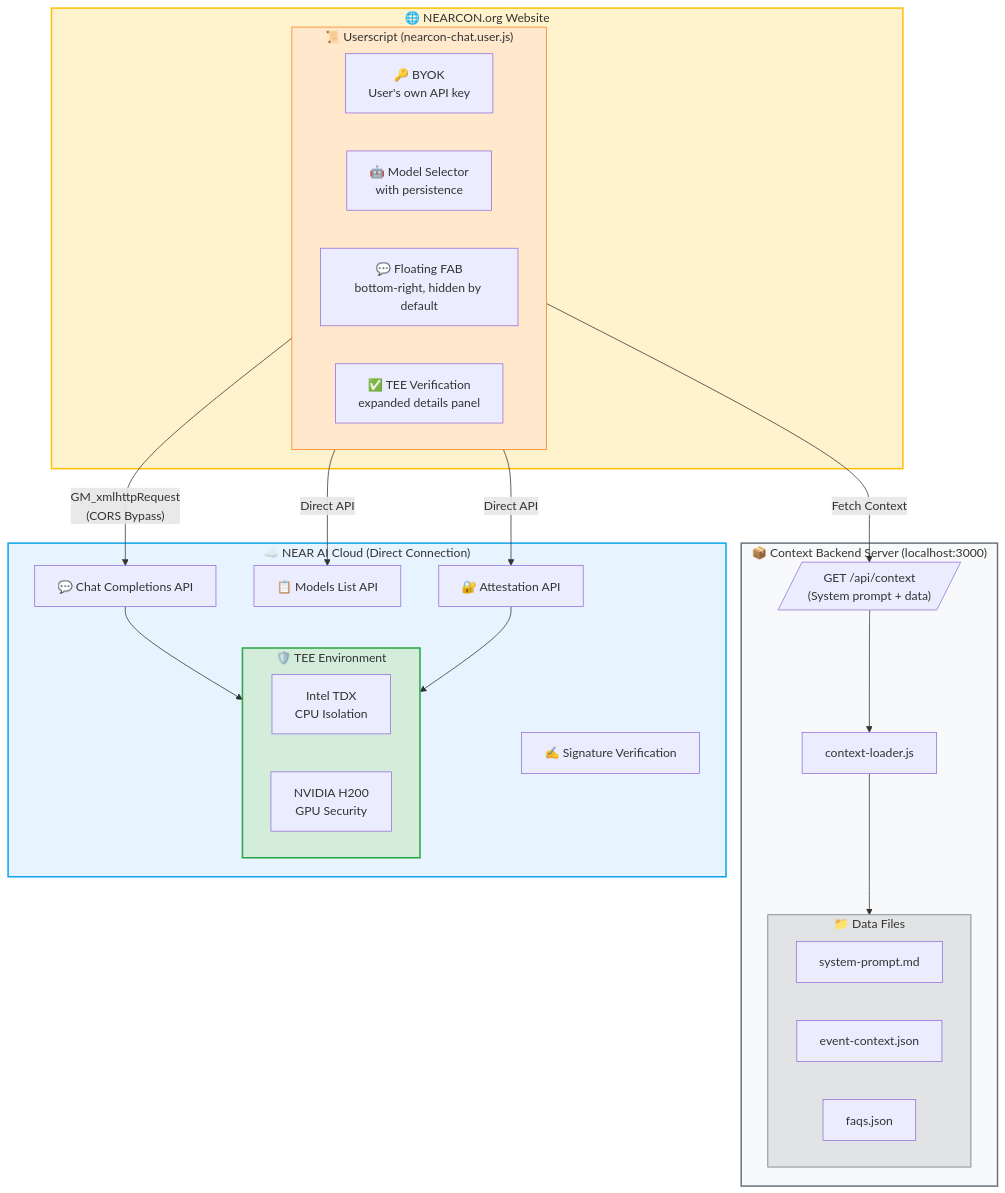
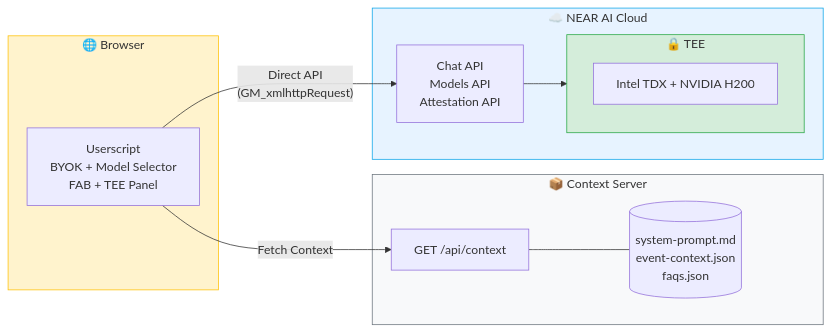
One commit to shaiss/nearcon_ai changed the first of 2 diagrams in README.md. Above: the diagram before and after it, drawn with Mermaid.

Commit message:
Refactor README architecture diagram to improve clarity and organization. Transition to a left-to-right flowchart layout, consolidating components under Client, Context Server, and Cloud sections. Update connections and styling for better visual representation.

````diff
--- a/README.md
+++ b/README.md
@@ -79,53 +79,28 @@
 ```mermaid
-flowchart TB
-    subgraph Website["🌐 NEARCON.org Website"]
-        subgraph Userscript["📜 Userscript (nearcon-chat.user.js)"]
-            BYOK["🔑 BYOK<br/>User's own API key"]
-            MODEL["🤖 Model Selector<br/>with persistence"]
-            FAB["💬 Floating FAB<br/>bottom-right, hidden by default"]
-            TEE_UI["✅ TEE Verification<br/>expanded details panel"]
-        end
+flowchart LR
+    subgraph Client["🌐 Browser"]
+        US["Userscript<br/>BYOK + Model Selector<br/>FAB + TEE Panel"]
     end
 
-    subgraph Backend["📦 Context Backend Server (localhost:3000)"]
-        LOADER["context-loader.js"]
-        subgraph Data["📁 Data Files"]
-            PROMPT["system-prompt.md"]
-            EVENT["event-context.json"]
-            FAQS["faqs.json"]
-        end
-        API_CTX[/"GET /api/context<br/>(System prompt + data)"/]
+    subgraph Context["📦 Context Server"]
+        CTX["GET /api/context"]
+        DATA[("system-prompt.md<br/>event-context.json<br/>faqs.json")]
+        CTX --- DATA
     end
 
-    subgraph NEARAI["☁️ NEAR AI Cloud (Direct Connection)"]
-        CHAT["💬 Chat Completions API"]
-        MODELS["📋 Models List API"]
-        ATTEST["🔐 Attestation API"]
-        SIG["✍️ Signature Verification"]
-        
-        subgraph TEE["🛡️ TEE Environment"]
-            TDX["Intel TDX<br/>CPU Isolation"]
-            GPU["NVIDIA H200<br/>GPU Security"]
+    subgraph Cloud["☁️ NEAR AI Cloud"]
+        API["Chat API<br/>Models API<br/>Attestation API"]
+        subgraph TEE["🔒 TEE"]
+            HW["Intel TDX + NVIDIA H200"]
         end
+        API --> TEE
     end
 
-    %% Connections
-    Userscript -->|"Fetch Context"| API_CTX
-    LOADER --> Data
-    API_CTX --> LOADER
-    
-    Userscript -->|"GM_xmlhttpRequest<br/>(CORS Bypass)"| CHAT
-    Userscript -->|"Direct API"| MODELS
-    Userscript -->|"Direct API"| ATTEST
-    
-    CHAT --> TEE
-    ATTEST --> TEE
+    US -->|"Fetch Context"| CTX
+    US -->|"Direct API<br/>(GM_xmlhttpRequest)"| API
 
-    %% Styling
-    style Website fill:#fff3cd,stroke:#ffc107,stroke-width:2px
-    style Backend fill:#f8f9fa,stroke:#6c757d,stroke-width:2px
-    style NEARAI fill:#e7f3ff,stroke:#0ea5e9,stroke-width:2px
-    style TEE fill:#d4edda,stroke:#28a745,stroke-width:2px
-    style Userscript fill:#ffe8cc,stroke:#fd7e14
-    style Data fill:#e2e3e5,stroke:#6c757d
+    style Client fill:#fff3cd,stroke:#ffc107
+    style Context fill:#f8f9fa,stroke:#6c757d
+    style Cloud fill:#e7f3ff,stroke:#0ea5e9
+    style TEE fill:#d4edda,stroke:#28a745
 ```
````
